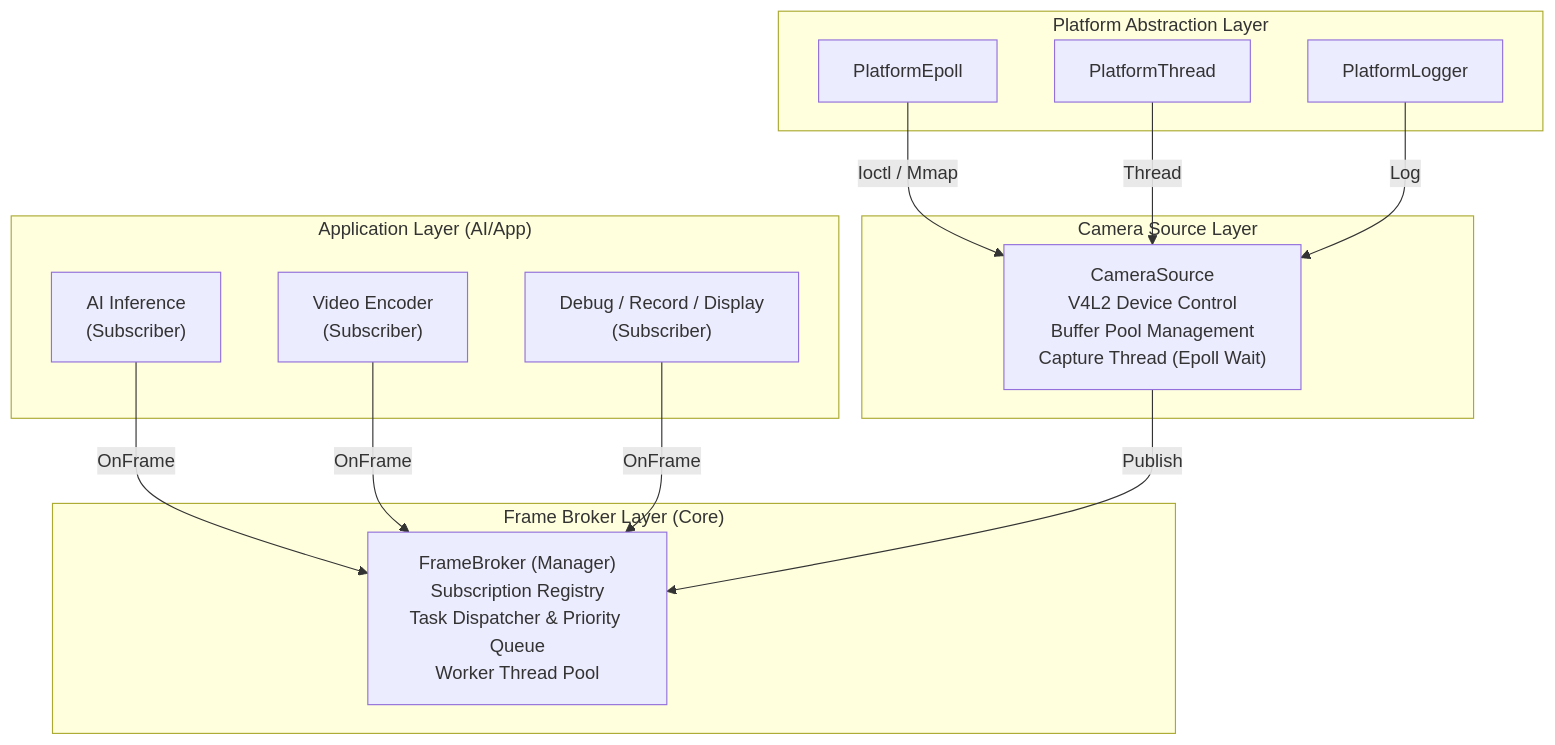
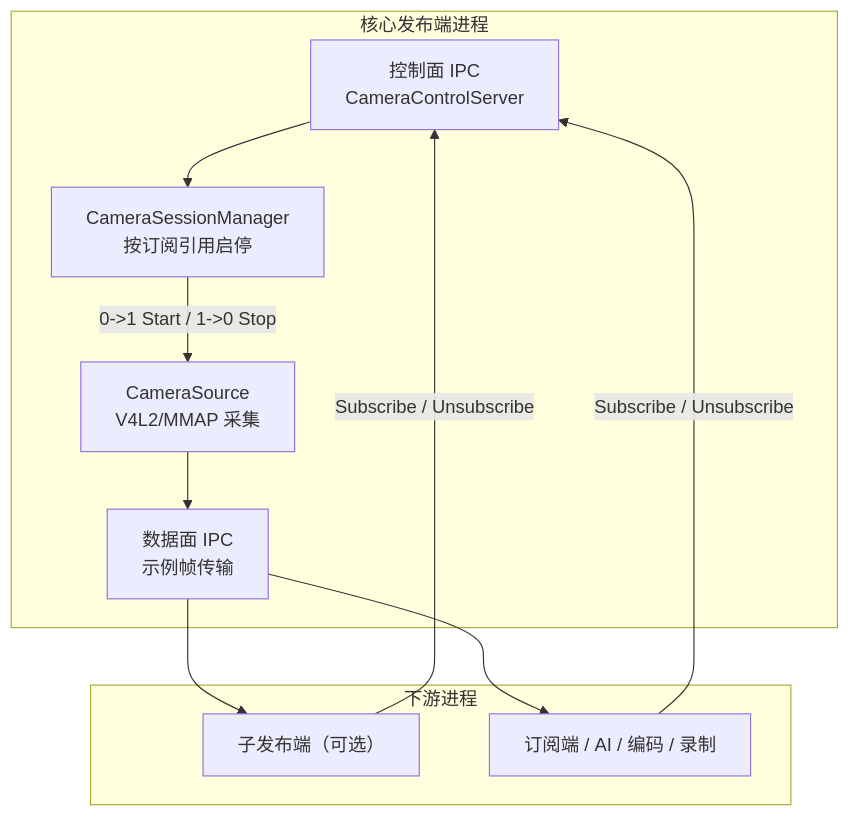
One commit to SuycxZMZ/CameraSubsystem changed the first of 2 diagrams in README.md. Above: the diagram before and after it, drawn with Mermaid. The commit also changed other lines of this file and 8 other files, not shown here.

````diff
--- a/README.md
+++ b/README.md
@@ -184,30 +99,22 @@
 ```mermaid
 flowchart TB
-    subgraph App["Application Layer (AI/App)"]
-        AI["AI Inference<br/>(Subscriber)"]
-        Encoder["Video Encoder<br/>(Subscriber)"]
-        Debug["Debug / Record / Display<br/>(Subscriber)"]
+    subgraph Publisher["核心发布端进程"]
+        Control["控制面 IPC<br/>CameraControlServer"]
+        Session["CameraSessionManager<br/>按订阅引用启停"]
+        Source["CameraSource<br/>V4L2/MMAP 采集"]
+        Data["数据面 IPC<br/>示例帧传输"]
     end
 
-    subgraph BrokerLayer["Frame Broker Layer (Core)"]
-        Broker["FrameBroker (Manager)<br/>Subscription Registry<br/>Task Dispatcher & Priority Queue<br/>Worker Thread Pool"]
+    subgraph Consumers["下游进程"]
+        SubPublisher["子发布端（可选）"]
+        Subscriber["订阅端 / AI / 编码 / 录制"]
     end
 
-    subgraph CameraLayer["Camera Source Layer"]
-        Source["CameraSource<br/>V4L2 Device Control<br/>Buffer Pool Management<br/>Capture Thread (Epoll Wait)"]
-    end
-
-    subgraph PlatformLayer["Platform Abstraction Layer"]
-        Epoll["PlatformEpoll"]
-        Thread["PlatformThread"]
-        Logger["PlatformLogger"]
-    end
-
-    AI -->|OnFrame| Broker
-    Encoder -->|OnFrame| Broker
-    Debug -->|OnFrame| Broker
-    Source -->|Publish| Broker
-    Epoll -->|Ioctl / Mmap| Source
-    Thread -->|Thread| Source
-    Logger -->|Log| Source
+    SubPublisher -->|Subscribe / Unsubscribe| Control
+    Subscriber -->|Subscribe / Unsubscribe| Control
+    Control --> Session
+    Session -->|0->1 Start / 1->0 Stop| Source
+    Source --> Data
+    Data --> SubPublisher
+    Data --> Subscriber
 ```
````
